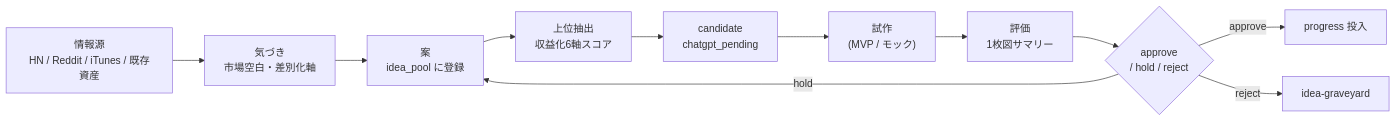
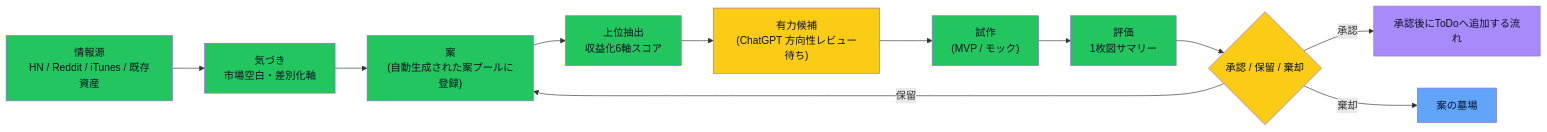
The diagram in 05_monetization/idea_trace.md (kaeru07/vault), drawn with Mermaid before and after one commit. The commit also changed other lines of this file and 5 other files, not shown here.

First line of the commit message:
vloop5: Vault 蓄積運用ルール残作業 #69 残ページ日本語化 + #68 Mermaid 反映拡大

````diff
--- a/05_monetization/idea_trace.md
+++ b/05_monetization/idea_trace.md
@@ -215,13 +219,18 @@
 ```mermaid
 flowchart LR
-  Source["情報源<br/>HN / Reddit / iTunes / 既存資産"] --> Insight["気づき<br/>市場空白・差別化軸"]
-  Insight --> Idea["案<br/>idea_pool に登録"]
-  Idea --> Score["上位抽出<br/>収益化6軸スコア"]
-  Score --> Candidate["candidate<br/>chatgpt_pending"]
-  Candidate --> Proto["試作<br/>(MVP / モック)"]
-  Proto --> Review["評価<br/>1枚図サマリー"]
-  Review --> Decision{"approve<br/>/ hold / reject"}
-  Decision -->|approve| Progress["progress 投入"]
-  Decision -->|hold| Idea
-  Decision -->|reject| Graveyard["idea-graveyard"]
+  Source["情報源<br/>HN / Reddit / iTunes / 既存資産"]:::done --> Insight["気づき<br/>市場空白・差別化軸"]:::done
+  Insight --> Idea["案<br/>(自動生成された案プールに登録)"]:::done
+  Idea --> Score["上位抽出<br/>収益化6軸スコア"]:::done
+  Score --> Candidate["有力候補<br/>(ChatGPT 方向性レビュー待ち)"]:::user
+  Candidate --> Proto["試作<br/>(MVP / モック)"]:::done
+  Proto --> Review["評価<br/>1枚図サマリー"]:::done
+  Review --> Decision{"承認 / 保留 / 棄却"}:::user
+  Decision -->|"承認"| Progress["承認後にToDoへ追加する流れ"]:::next
+  Decision -->|"保留"| Idea
+  Decision -->|"棄却"| Graveyard["案の墓場"]:::merged
+
+  classDef done fill:#22c55e,color:#0b1224
+  classDef user fill:#facc15,color:#0b1224
+  classDef next fill:#a78bfa,color:#0b1224
+  classDef merged fill:#60a5fa,color:#0b1224
 ```
````
